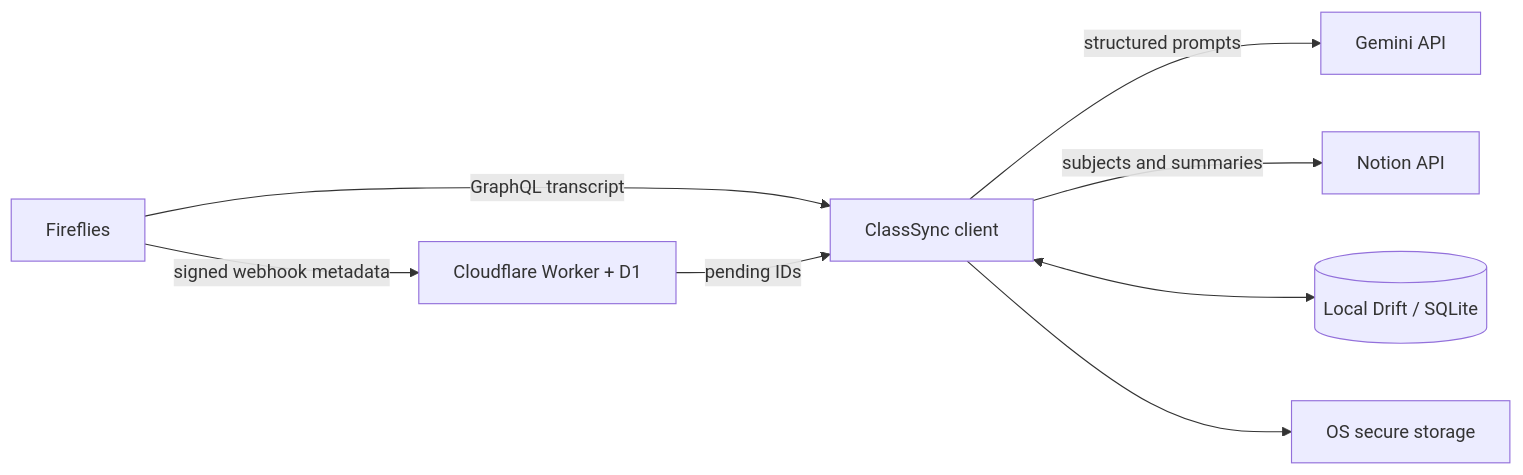
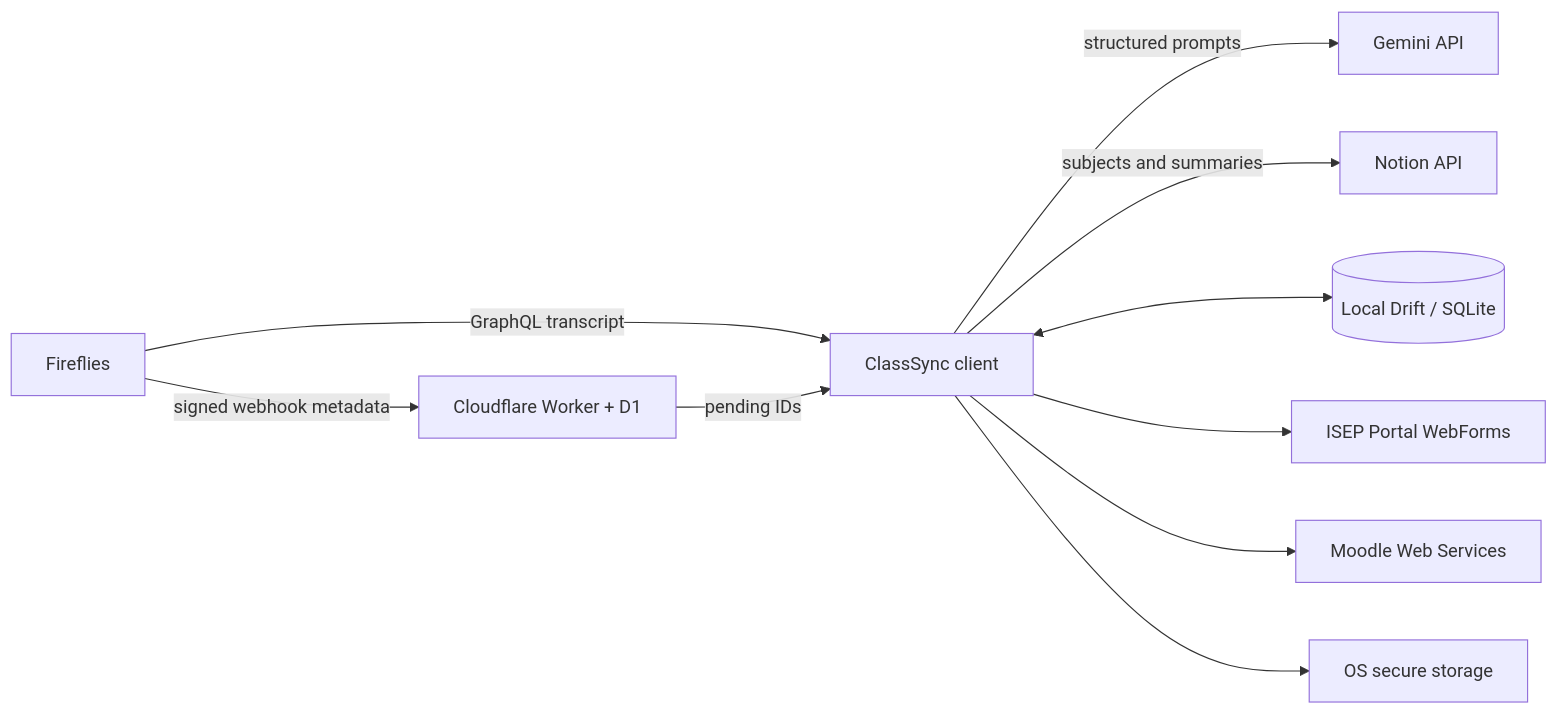
Before and after one commit to hugo2006alm/classsync: the diagram in docs/architecture.md, drawn with Mermaid. The commit also changed other lines of this file and 39 other files, not shown here.

````diff
--- a/docs/architecture.md
+++ b/docs/architecture.md
@@ -5,10 +5,12 @@
 ```mermaid
 flowchart LR
   FF[Fireflies] -->|signed webhook metadata| Relay[Cloudflare Worker + D1]
   FF -->|GraphQL transcript| Client[ClassSync client]
   Relay -->|pending IDs| Client
   Client -->|structured prompts| Gemini[Gemini API]
   Client -->|subjects and summaries| Notion[Notion API]
   Client <--> SQLite[(Local Drift / SQLite)]
+  Client --> Portal[ISEP Portal WebForms]
+  Client --> Moodle[Moodle Web Services]
   Client --> Secure[OS secure storage]
 ```
````
